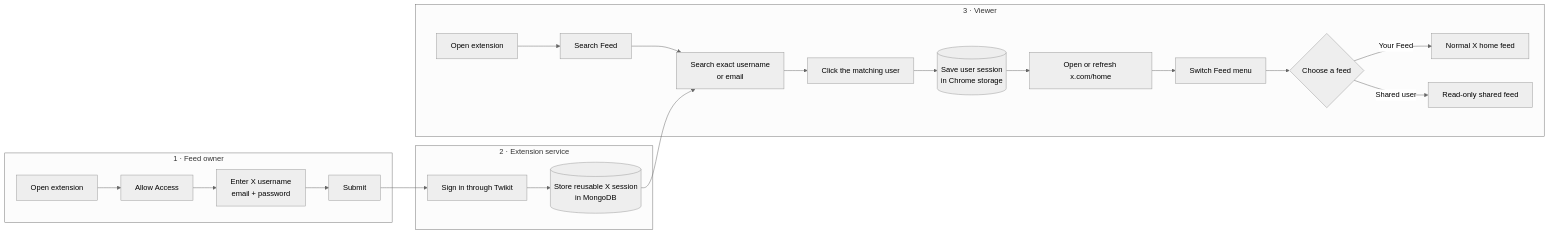
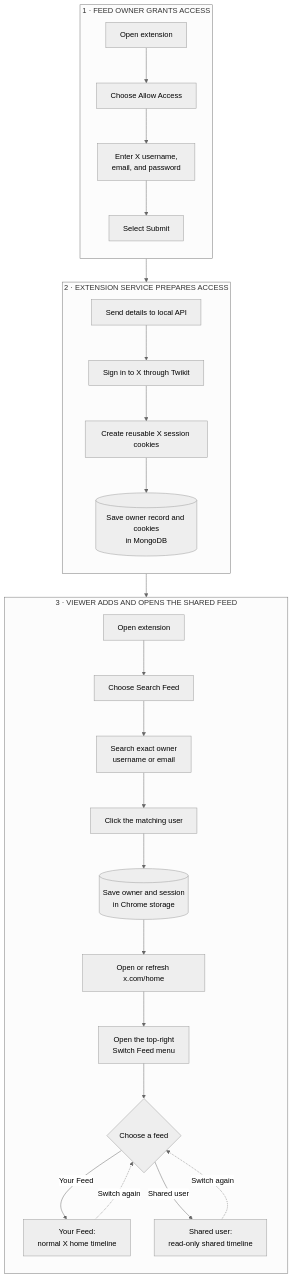
One commit to SidheshwarSarangal/X_feed_extension changed the first of 4 diagrams in README.md. Above: the diagram before and after it, drawn with Mermaid (neutral theme).

Commit message:
documentation man process diagram improved

````diff
--- a/README.md
+++ b/README.md
@@ -10,27 +10,45 @@
 ```mermaid
-flowchart LR
-    subgraph Owner[1 · Feed owner]
-        A[Open extension] --> B[Allow Access]
-        B --> C[Enter X username<br/>email + password]
-        C --> D[Submit]
+flowchart TB
+    subgraph Owner[1 · FEED OWNER GRANTS ACCESS]
+        direction TB
+        A[Open extension]
+        B[Choose Allow Access]
+        C[Enter X username,<br/>email, and password]
+        D[Select Submit]
+
+        A --> B --> C --> D
     end
 
-    subgraph System[2 · Extension service]
-        D --> E[Sign in through Twikit]
-        E --> F[(Store reusable X session<br/>in MongoDB)]
+    subgraph System[2 · EXTENSION SERVICE PREPARES ACCESS]
+        direction TB
+        E[Send details to local API]
+        F[Sign in to X through Twikit]
+        G[Create reusable X session cookies]
+        H[(Save owner record and cookies<br/>in MongoDB)]
+
+        E --> F --> G --> H
     end
 
-    subgraph Viewer[3 · Viewer]
-        G[Open extension] --> H[Search Feed]
-        H --> I[Search exact username<br/>or email]
-        I --> J[Click the matching user]
-        J --> K[(Save user session<br/>in Chrome storage)]
-        K --> L[Open or refresh x.com/home]
-        L --> M[Switch Feed menu]
-        M --> N{Choose a feed}
-        N -->|Your Feed| O[Normal X home feed]
-        N -->|Shared user| P[Read-only shared feed]
+    subgraph Viewer[3 · VIEWER ADDS AND OPENS THE SHARED FEED]
+        direction TB
+        I[Open extension]
+        J[Choose Search Feed]
+        K[Search exact owner<br/>username or email]
+        L[Click the matching user]
+        M[(Save owner and session<br/>in Chrome storage)]
+        N[Open or refresh x.com/home]
+        O[Open the top-right<br/>Switch Feed menu]
+        P{Choose a feed}
+        Q[Your Feed:<br/>normal X home timeline]
+        R[Shared user:<br/>read-only shared timeline]
+
+        I --> J --> K --> L --> M --> N --> O --> P
+        P -->|Your Feed| Q
+        P -->|Shared user| R
+        Q -. Switch again .-> P
+        R -. Switch again .-> P
     end
 
-    F --> I
+    D --> E
+    H --> I
 ```
````
